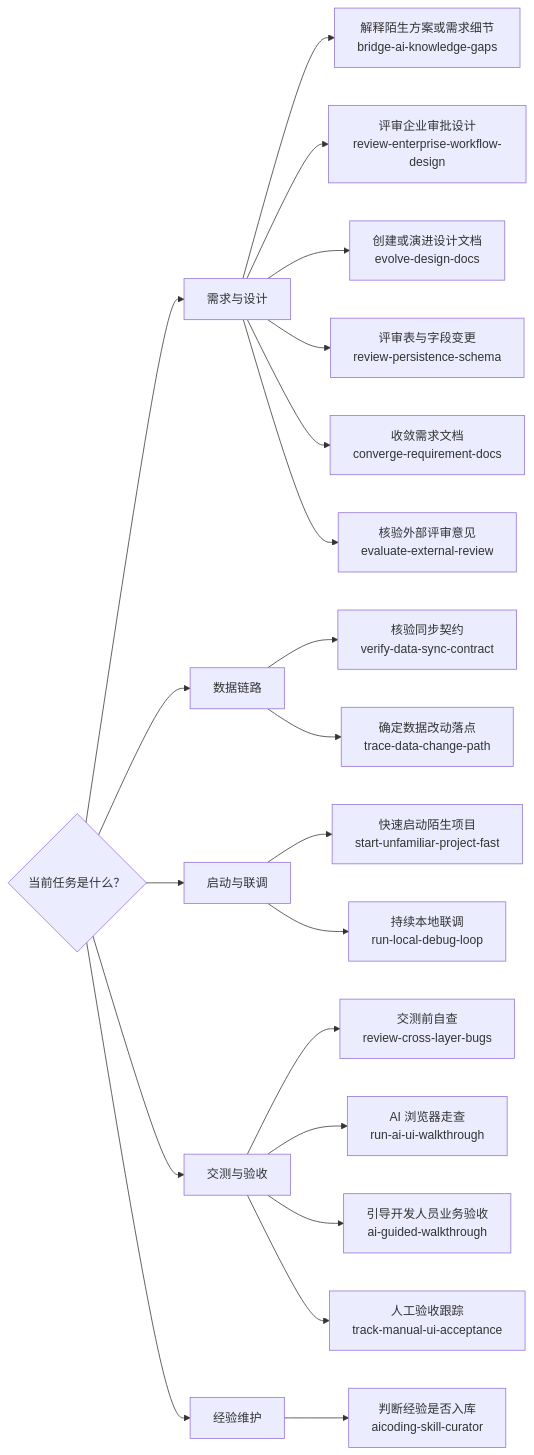
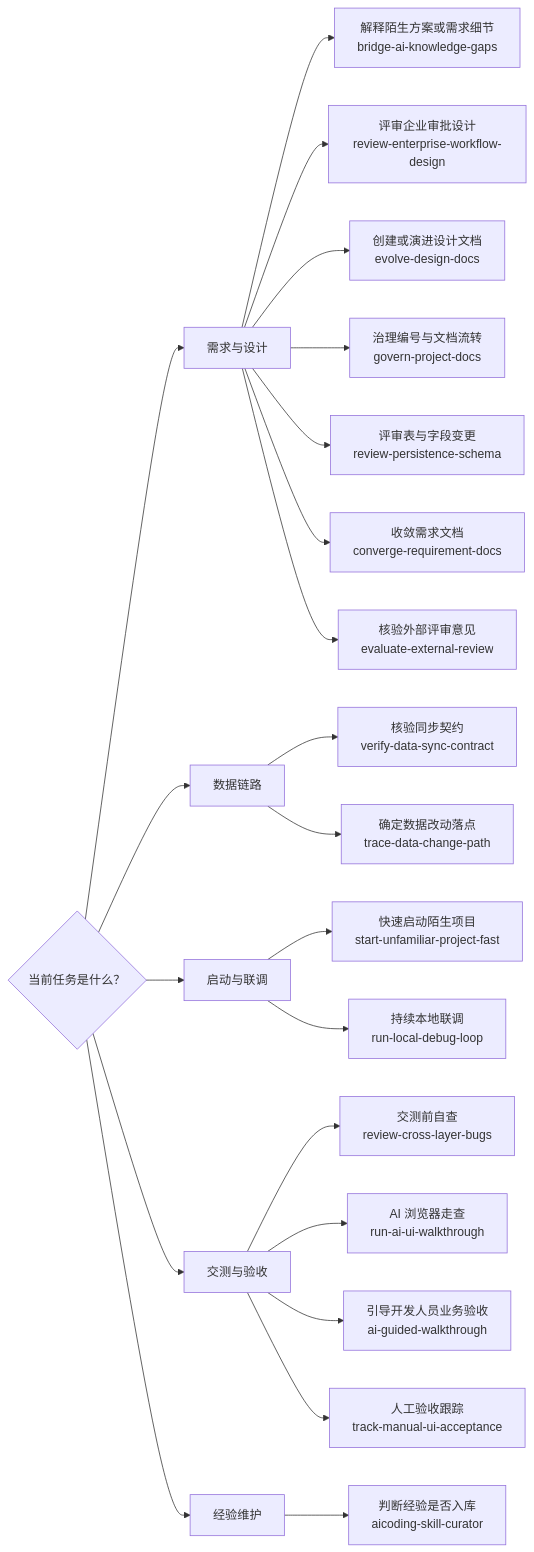
One commit to KelvinFanXian/aicoding changed the diagram in README.md. Above: the diagram before and after it, drawn with Mermaid. The commit also changed other lines of this file and 3 other files, not shown here.

````diff
--- a/README.md
+++ b/README.md
@@ -54,24 +55,25 @@
 ```mermaid
 flowchart LR
     Q{"当前任务是什么？"}
     Q --> A["需求与设计"]
     A --> A1["解释陌生方案或需求细节<br/>bridge-ai-knowledge-gaps"]
     A --> A2["评审企业审批设计<br/>review-enterprise-workflow-design"]
     A --> A3["创建或演进设计文档<br/>evolve-design-docs"]
+    A --> A7["治理编号与文档流转<br/>govern-project-docs"]
     A --> A6["评审表与字段变更<br/>review-persistence-schema"]
     A --> A4["收敛需求文档<br/>converge-requirement-docs"]
     A --> A5["核验外部评审意见<br/>evaluate-external-review"]
     Q --> B["数据链路"]
     B --> B1["核验同步契约<br/>verify-data-sync-contract"]
     B --> B2["确定数据改动落点<br/>trace-data-change-path"]
     Q --> C["启动与联调"]
     C --> C1["快速启动陌生项目<br/>start-unfamiliar-project-fast"]
     C --> C2["持续本地联调<br/>run-local-debug-loop"]
     Q --> D["交测与验收"]
     D --> D1["交测前自查<br/>review-cross-layer-bugs"]
     D --> D2["AI 浏览器走查<br/>run-ai-ui-walkthrough"]
     D --> D3["引导开发人员业务验收<br/>ai-guided-walkthrough"]
     D --> D4["人工验收跟踪<br/>track-manual-ui-acceptance"]
     Q --> E["经验维护"]
     E --> E1["判断经验是否入库<br/>aicoding-skill-curator"]
 ```
````
